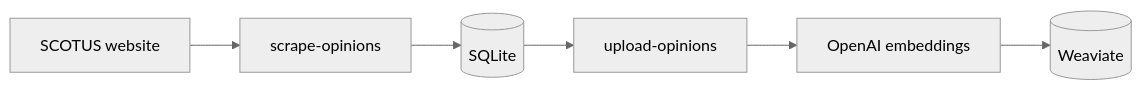
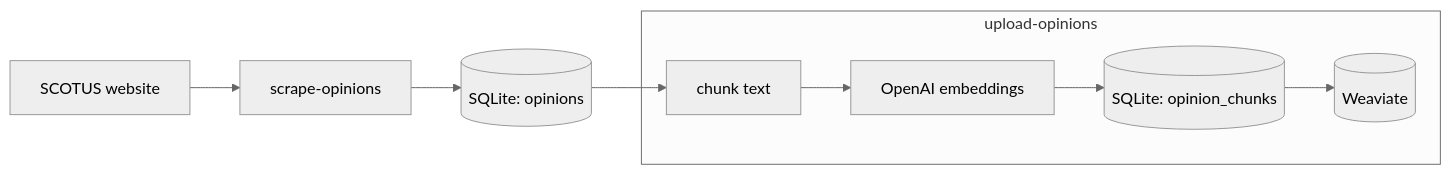
Before and after one commit to Isaac-DeFrain/scotus-helper: the first of 2 diagrams in README.md, drawn with Mermaid (neutral theme). The commit also changed other lines of this file, not shown here.

Commit message:
docs: improve architecture diagrams in readme

````diff
--- a/README.md
+++ b/README.md
@@ -15,8 +15,15 @@
 ```mermaid
 flowchart LR
     A[SCOTUS website] --> B[scrape-opinions]
-    B --> C[(SQLite)]
-    C --> D[upload-opinions]
-    D --> E[OpenAI embeddings]
-    E --> F[(Weaviate)]
+    B --> OP[(SQLite: opinions)]
+
+    subgraph upload [upload-opinions]
+        CH[chunk text]
+        EM[OpenAI embeddings]
+        CH --> EM
+        EM --> OC[(SQLite: opinion_chunks)]
+        OC --> WV[(Weaviate)]
+    end
+
+    OP --> CH
 ```
````
